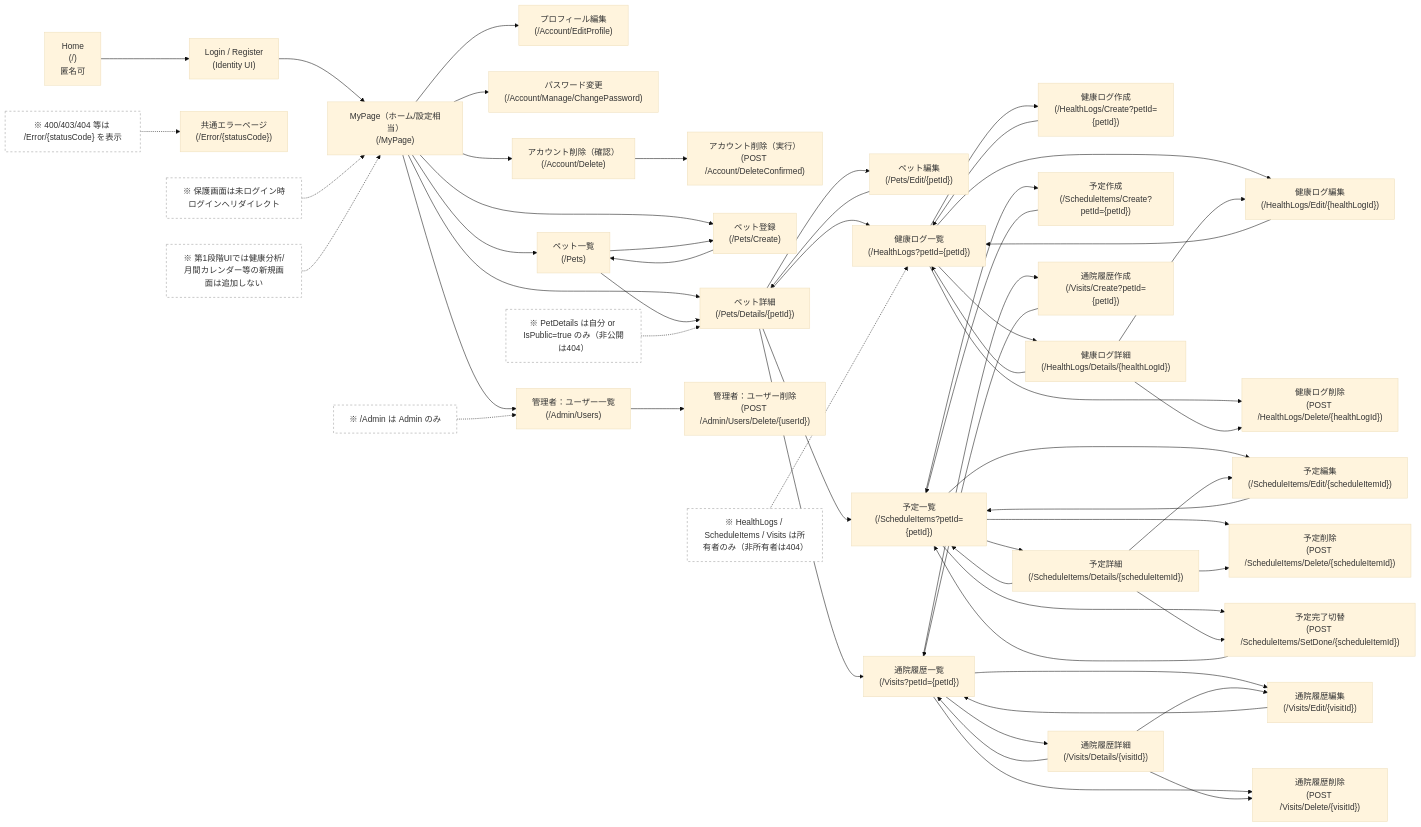
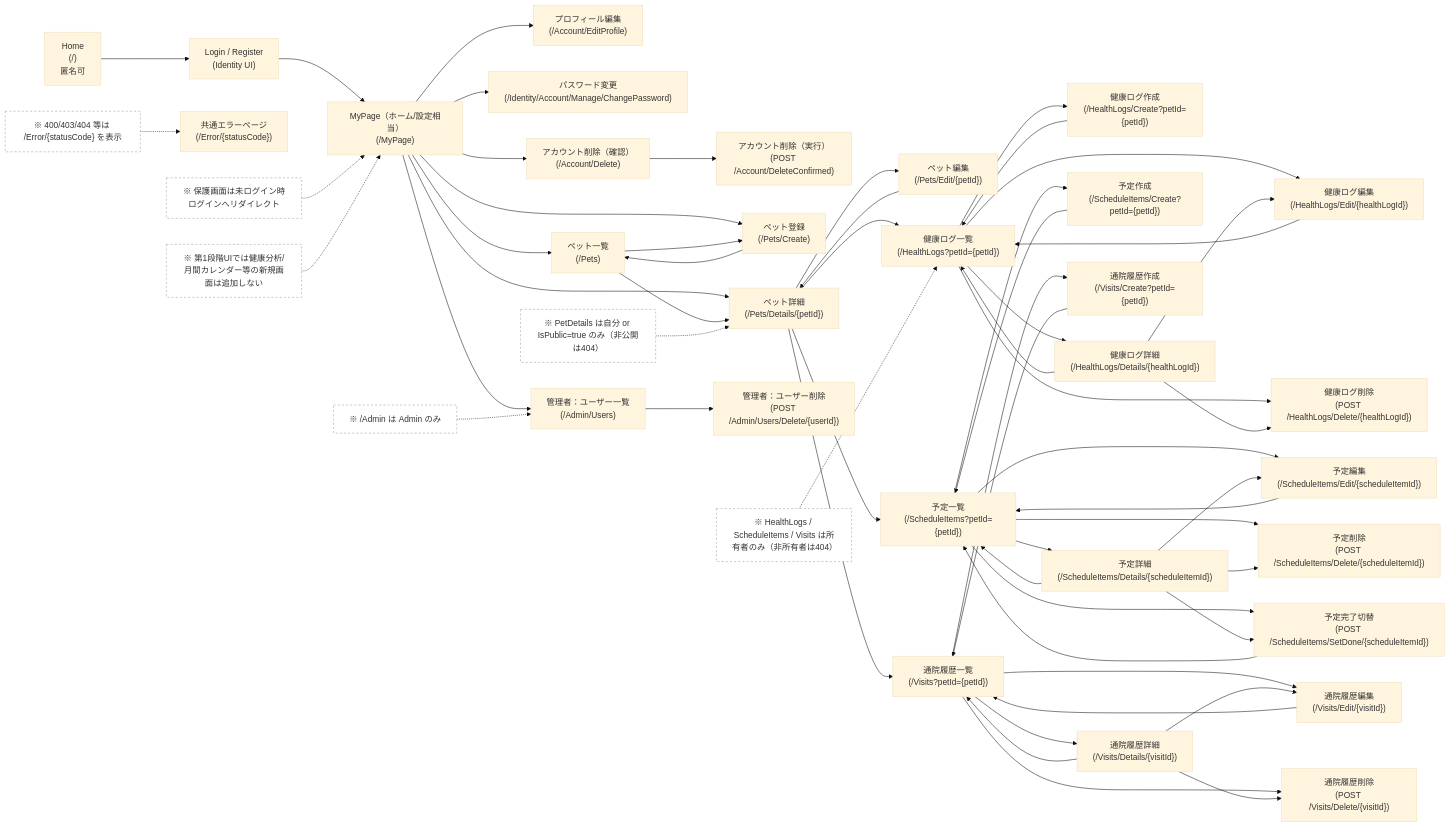
Before and after one commit to Cat5Dog2/PetHealthManagement: the diagram in docs/screen-transition-diagram.md, drawn with Mermaid (base theme). The commit also changed 12 other files, not shown here.

````diff
--- a/docs/screen-transition-diagram.md
+++ b/docs/screen-transition-diagram.md
@@ -3,79 +3,79 @@
 ```mermaid
 flowchart LR
   Home["Home<br/>(/)<br/>匿名可"] --> Login["Login / Register<br/>(Identity UI)"]
 
   Login --> MyPage["MyPage（ホーム/設定相当）<br/>(/MyPage)"]
 
   MyPage --> EditProfile["プロフィール編集<br/>(/Account/EditProfile)"]
-  MyPage --> ChangePassword["パスワード変更<br/>(/Account/Manage/ChangePassword)"]
+  MyPage --> ChangePassword["パスワード変更<br/>(/Identity/Account/Manage/ChangePassword)"]
   MyPage --> AccountDelete["アカウント削除（確認）<br/>(/Account/Delete)"]
   AccountDelete --> AccountDeleteConfirmed["アカウント削除（実行）<br/>(POST /Account/DeleteConfirmed)"]
 
   MyPage --> PetsIndex["ペット一覧<br/>(/Pets)"]
   MyPage --> PetCreate["ペット登録<br/>(/Pets/Create)"]
   MyPage --> PetDetails["ペット詳細<br/>(/Pets/Details/{petId})"]
 
   PetsIndex --> PetDetails
   PetsIndex --> PetCreate
   PetCreate --> PetsIndex
 
   PetDetails --> PetEdit["ペット編集<br/>(/Pets/Edit/{petId})"]
   PetEdit --> PetDetails
 
   PetDetails --> HealthLogsIndex["健康ログ一覧<br/>(/HealthLogs?petId={petId})"]
   HealthLogsIndex --> HealthLogCreate["健康ログ作成<br/>(/HealthLogs/Create?petId={petId})"]
   HealthLogsIndex --> HealthLogEdit["健康ログ編集<br/>(/HealthLogs/Edit/{healthLogId})"]
   HealthLogsIndex --> HealthLogDetails["健康ログ詳細<br/>(/HealthLogs/Details/{healthLogId})"]
   HealthLogsIndex --> HealthLogDelete["健康ログ削除<br/>(POST /HealthLogs/Delete/{healthLogId})"]
   HealthLogDetails --> HealthLogsIndex
   HealthLogDetails --> HealthLogEdit
   HealthLogDetails --> HealthLogDelete
   HealthLogCreate --> HealthLogsIndex
   HealthLogEdit --> HealthLogsIndex
 
   PetDetails --> ScheduleIndex["予定一覧<br/>(/ScheduleItems?petId={petId})"]
   ScheduleIndex --> ScheduleCreate["予定作成<br/>(/ScheduleItems/Create?petId={petId})"]
   ScheduleIndex --> ScheduleEdit["予定編集<br/>(/ScheduleItems/Edit/{scheduleItemId})"]
   ScheduleIndex --> ScheduleDetails["予定詳細<br/>(/ScheduleItems/Details/{scheduleItemId})"]
   ScheduleIndex --> ScheduleDelete["予定削除<br/>(POST /ScheduleItems/Delete/{scheduleItemId})"]
   ScheduleIndex --> ScheduleSetDone["予定完了切替<br/>(POST /ScheduleItems/SetDone/{scheduleItemId})"]
   ScheduleDetails --> ScheduleIndex
   ScheduleDetails --> ScheduleEdit
   ScheduleDetails --> ScheduleDelete
   ScheduleDetails --> ScheduleSetDone
   ScheduleCreate --> ScheduleIndex
   ScheduleEdit --> ScheduleIndex
   ScheduleSetDone --> ScheduleIndex
 
   PetDetails --> VisitsIndex["通院履歴一覧<br/>(/Visits?petId={petId})"]
   VisitsIndex --> VisitCreate["通院履歴作成<br/>(/Visits/Create?petId={petId})"]
   VisitsIndex --> VisitEdit["通院履歴編集<br/>(/Visits/Edit/{visitId})"]
   VisitsIndex --> VisitDetails["通院履歴詳細<br/>(/Visits/Details/{visitId})"]
   VisitsIndex --> VisitDelete["通院履歴削除<br/>(POST /Visits/Delete/{visitId})"]
   VisitDetails --> VisitsIndex
   VisitDetails --> VisitEdit
   VisitDetails --> VisitDelete
   VisitCreate --> VisitsIndex
   VisitEdit --> VisitsIndex
 
   MyPage --> AdminUsers["管理者：ユーザー一覧<br/>(/Admin/Users)"]
   AdminUsers --> AdminUserDelete["管理者：ユーザー削除<br/>(POST /Admin/Users/Delete/{userId})"]
 
   ErrorPage["共通エラーページ<br/>(/Error/{statusCode})"]
 
   NoteAuth["※ 保護画面は未ログイン時ログインへリダイレクト"]:::note
   NoteOwner["※ HealthLogs / ScheduleItems / Visits は所有者のみ（非所有者は404）"]:::note
   NotePublic["※ PetDetails は自分 or IsPublic=true のみ（非公開は404）"]:::note
   NoteAdmin["※ /Admin は Admin のみ"]:::note
   NoteError["※ 400/403/404 等は /Error/{statusCode} を表示"]:::note
   NotePhase1["※ 第1段階UIでは健康分析/月間カレンダー等の新規画面は追加しない"]:::note
 
   NoteAuth -.-> MyPage
   NoteOwner -.-> HealthLogsIndex
   NotePublic -.-> PetDetails
   NoteAdmin -.-> AdminUsers
   NoteError -.-> ErrorPage
   NotePhase1 -.-> MyPage
 
   classDef note fill:#fff,stroke:#999,stroke-dasharray: 4 4,color:#333;
 ```
````
